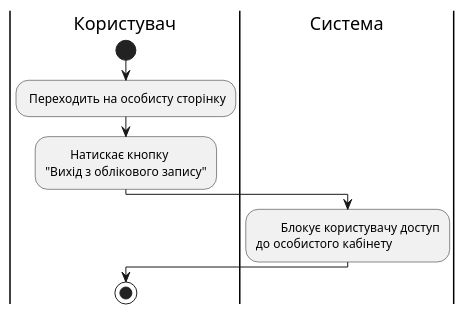
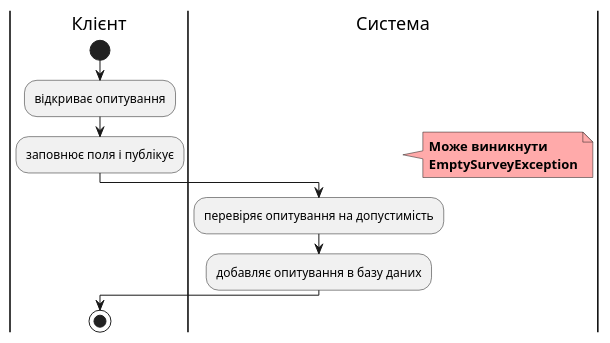
Before and after one commit to xivihwa/edu-db-cw-group1_violetta: the sixth of 15 diagrams in docs/use cases/README.md, drawn with PlantUML. The commit also changed other lines of this file, not shown here.

```diff
--- a/docs/use cases/README.md
+++ b/docs/use cases/README.md
@@ -184,14 +214,19 @@
-@startuml
-
-|Користувач|
-start;
-: Переходить на особисту сторінку;
-: \tНатискає кнопку\n"Вихід з облікового запису";
-
-|Система|
-: \tБлокує користувачу доступ\nдо особистого кабінету;
-
-|Користувач|
-stop;
-
+    @startuml
+        
+        |Клієнт|
+        start;
+        :відкриває опитування;
+        :заповнює поля і публiкує;
+        
+        |Система|
+        note right #ffaaaa
+        <b>Може виникнути</b>
+        <b>EmptySurveyException</b>
+        end note
+        :перевiряє опитування на допустимiсть;
+        :добавляє опитування в базy даних;
+        
+        |Клієнт|
+        stop;
+    
 @enduml
```
